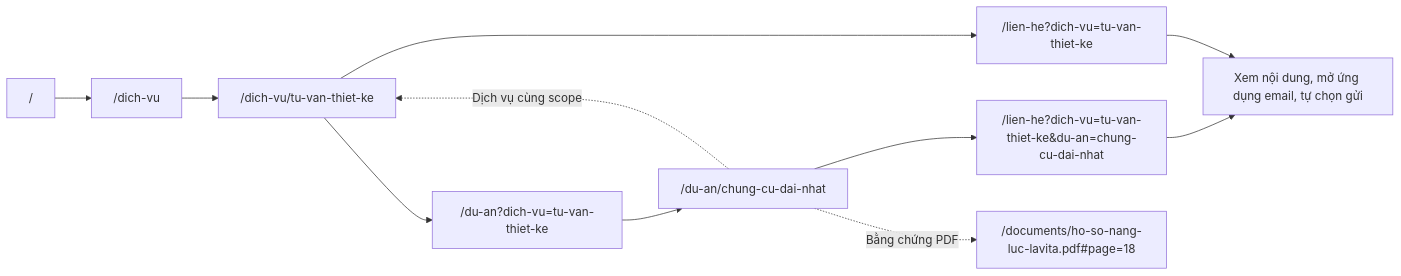
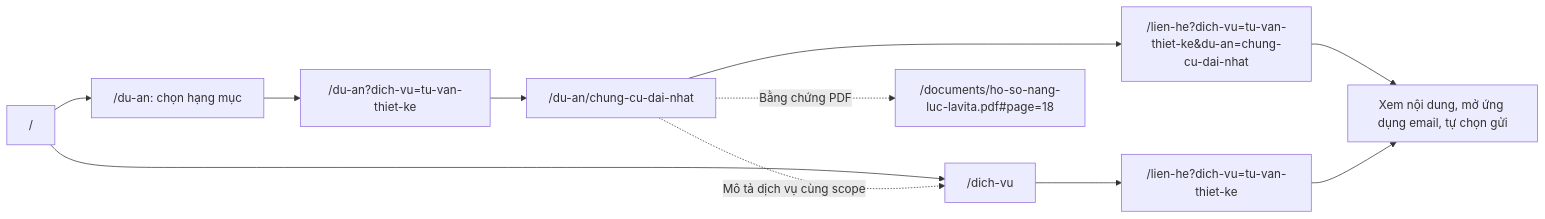
One commit to hoangthi0607/LavitaLandingPage changed the second of 2 diagrams in information-architecture.md. Above: the diagram before and after it, drawn with Mermaid. The commit also changed other lines of this file and 24 other files, not shown here.

````diff
--- a/information-architecture.md
+++ b/information-architecture.md
@@ -139,13 +143,13 @@
 ```mermaid
 flowchart LR
     H["/"] --> S["/dich-vu"]
-    S --> D["/dich-vu/tu-van-thiet-ke"]
-    D --> P["/du-an?dich-vu=tu-van-thiet-ke"]
+    H --> G["/du-an: chọn hạng mục"]
+    G --> P["/du-an?dich-vu=tu-van-thiet-ke"]
     P --> E["/du-an/chung-cu-dai-nhat"]
     E --> C["/lien-he?dich-vu=tu-van-thiet-ke&du-an=chung-cu-dai-nhat"]
-    D --> C2["/lien-he?dich-vu=tu-van-thiet-ke"]
+    S --> C2["/lien-he?dich-vu=tu-van-thiet-ke"]
     C --> M["Xem nội dung, mở ứng dụng email, tự chọn gửi"]
     C2 --> M
     E -. "Bằng chứng PDF" .-> F["/documents/ho-so-nang-luc-lavita.pdf#page=18"]
-    E -. "Dịch vụ cùng scope" .-> D
+    E -. "Mô tả dịch vụ cùng scope" .-> S
 ```
````
